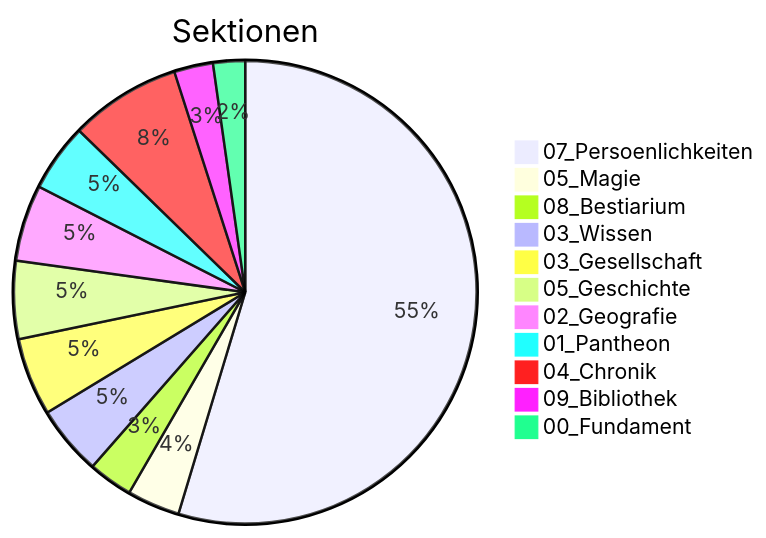
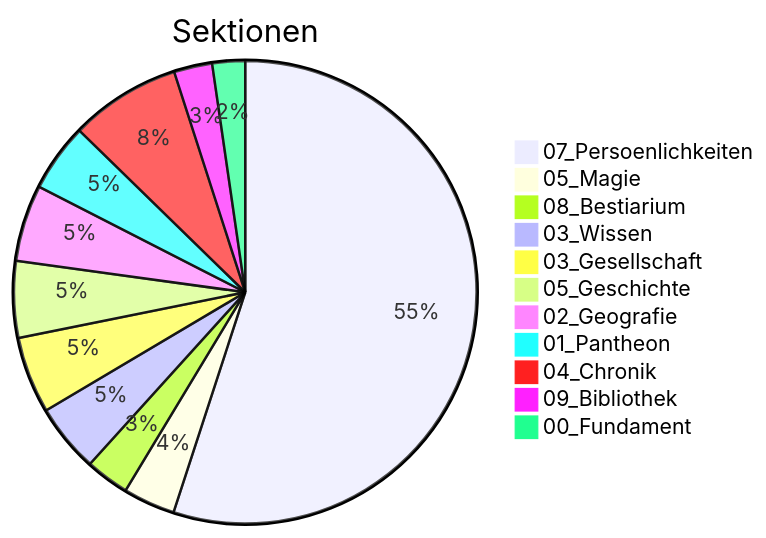
One commit to Siebenwind/7w_wiki changed the diagram in Siebenwind_Wiki/10_Archiv/Wiki_Statistiken.md. Above: the diagram before and after it, drawn with Mermaid. The commit also changed other lines of this file and 2 other files, not shown here.

````diff
--- a/Siebenwind_Wiki/10_Archiv/Wiki_Statistiken.md
+++ b/Siebenwind_Wiki/10_Archiv/Wiki_Statistiken.md
@@ -21,14 +21,14 @@
 ```mermaid
 pie title Sektionen
-    "07_Persoenlichkeiten" : 563
+    "07_Persoenlichkeiten" : 576
     "05_Magie" : 38
     "08_Bestiarium" : 32
     "03_Wissen" : 50
     "03_Gesellschaft" : 56
     "05_Geschichte" : 56
-    "02_Geografie" : 55
-    "01_Pantheon" : 49
-    "04_Chronik" : 80
+    "02_Geografie" : 56
+    "01_Pantheon" : 50
+    "04_Chronik" : 81
     "09_Bibliothek" : 28
-    "00_Fundament" : 23
+    "00_Fundament" : 24
 ```
````
